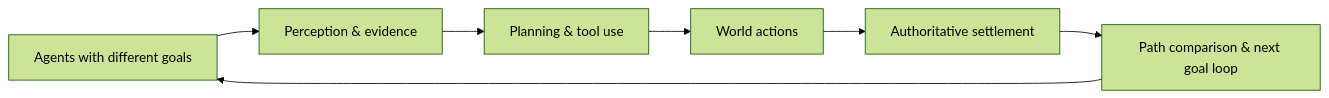
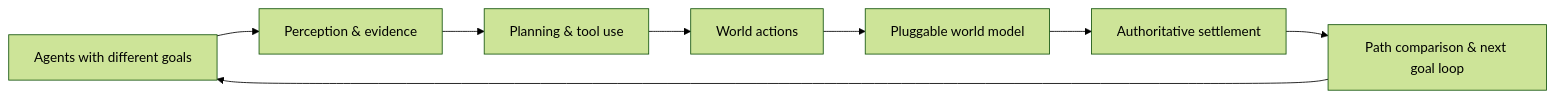
One commit to tonyhyworld/TraceArena changed the second of 2 diagrams in README.md. Above: the diagram before and after it, drawn with Mermaid (forest theme). The commit also changed other lines of this file and 23 other files, not shown here.

Commit message:
feat: add pluggable world model architecture

````diff
--- a/README.md
+++ b/README.md
@@ -69,9 +79,10 @@
 ```mermaid
 flowchart LR
   A[Agents with different goals] --> B[Perception & evidence]
   B --> C[Planning & tool use]
   C --> D[World actions]
-  D --> E[Authoritative settlement]
-  E --> F[Path comparison & next goal loop]
+  D --> E[Pluggable world model]
+  E --> S[Authoritative settlement]
+  S --> F[Path comparison & next goal loop]
   F --> A
 ```
````
